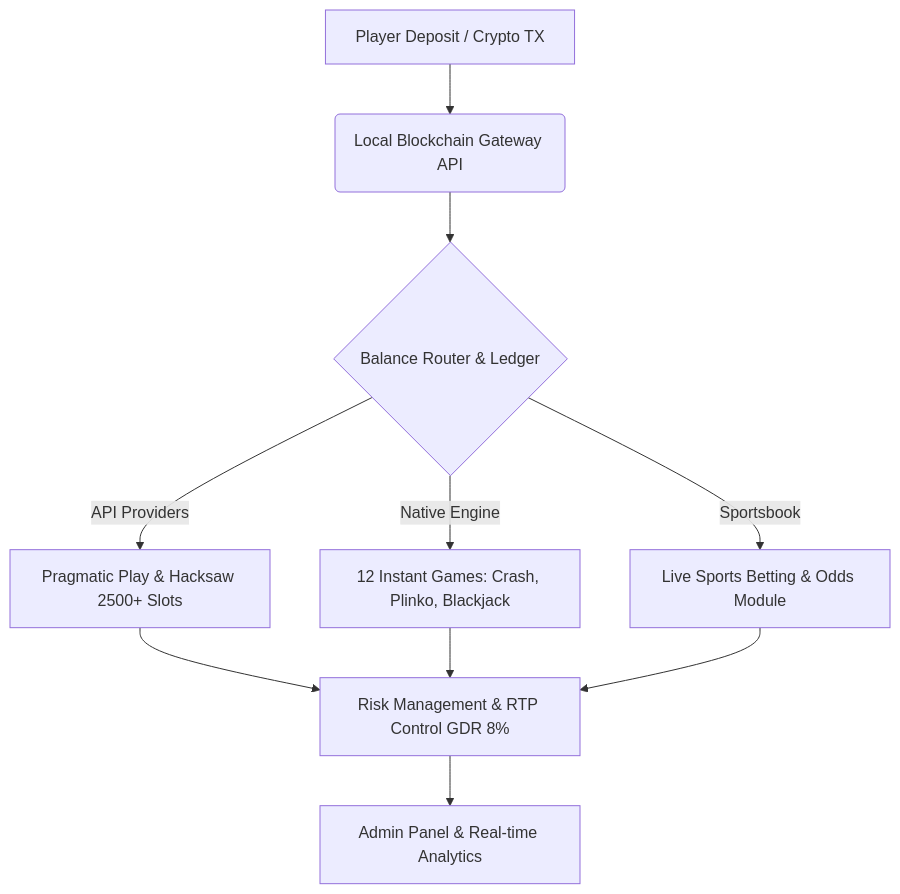
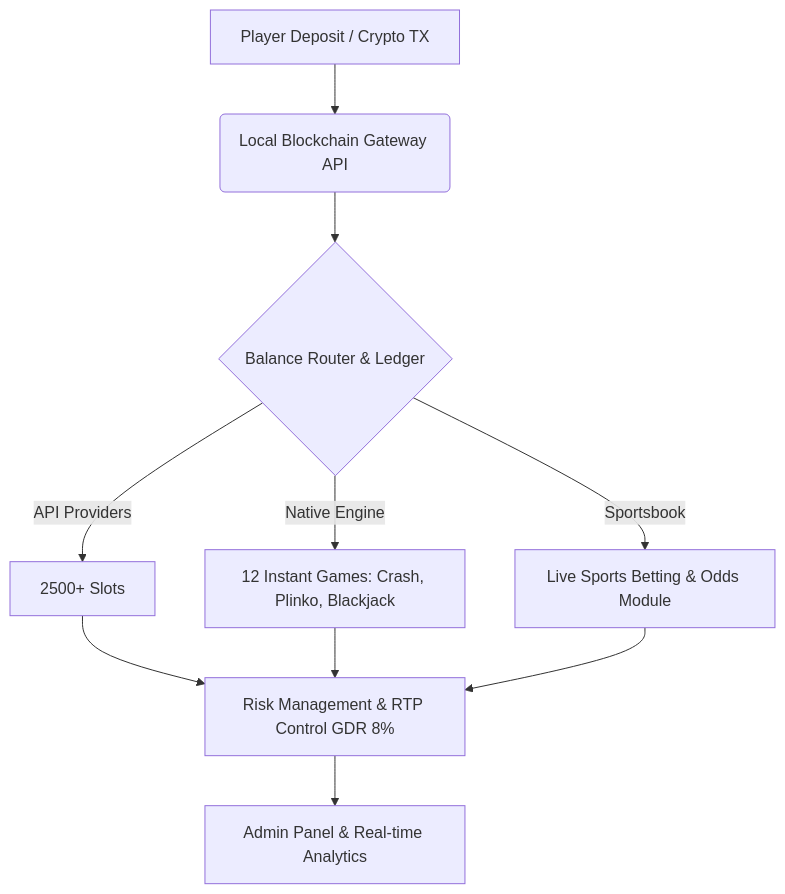
One commit to Code-Core-Next-Gen-Gaming-AI-Systems/goldsvet-casino-open-source-engine changed the diagram in README.md. Above: the diagram before and after it, drawn with Mermaid. The commit also changed other lines of this file, not shown here.

Commit message:
Update README to generalize API Providers and features
Removed specific mention of 'Pragmatic Play & Hacksaw' from the API Providers in the diagram and updated the key features section to remove the provider names.

````diff
--- a/README.md
+++ b/README.md
@@ -32,12 +32,12 @@
 ```mermaid
 graph TD
     A[Player Deposit / Crypto TX] --> B(Local Blockchain Gateway API)
     B --> C{Balance Router & Ledger}
-    C -->|API Providers| D[Pragmatic Play & Hacksaw 2500+ Slots]
+    C -->|API Providers| D[2500+ Slots]
     C -->|Native Engine| E[12 Instant Games: Crash, Plinko, Blackjack]
     C -->|Sportsbook| F[Live Sports Betting & Odds Module]
     D --> G[Risk Management & RTP Control GDR 8%]
     E --> G
     F --> G
     G --> H[Admin Panel & Real-time Analytics]
 ```
````
